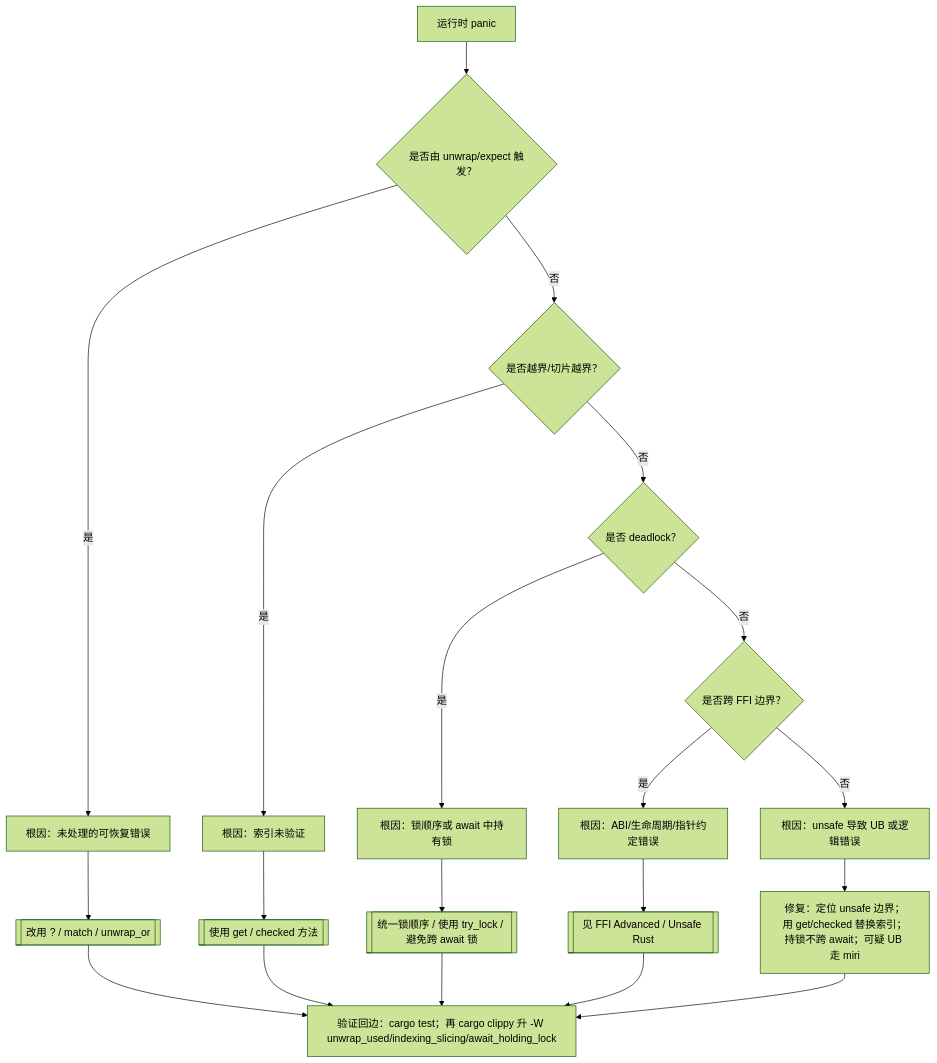
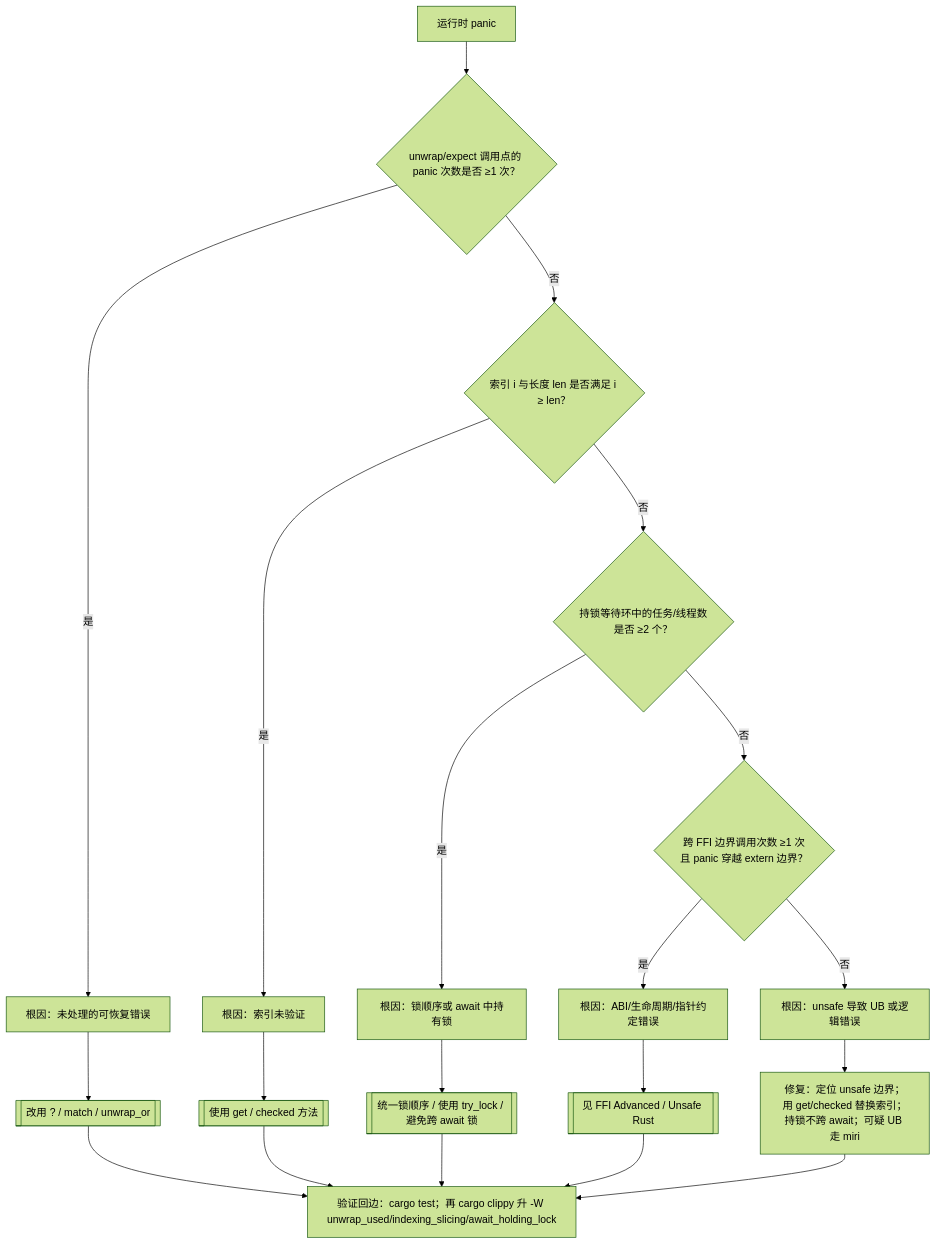
The fourth of 6 diagrams in concept/00_meta/knowledge_topology/09_reasoning_judgment_tree_atlas.md (martin-ly/rust-lang), drawn with Mermaid (forest theme) before and after one commit. The commit also changed other lines of this file and 183 other files, not shown here.

````diff
--- a/concept/00_meta/knowledge_topology/09_reasoning_judgment_tree_atlas.md
+++ b/concept/00_meta/knowledge_topology/09_reasoning_judgment_tree_atlas.md
@@ -105,22 +105,22 @@
 ```mermaid
 flowchart TD
-    P[运行时 panic] --> Q1{是否由 unwrap/expect 触发？}
+    P[运行时 panic] --> Q1{"unwrap/expect 调用点的 panic 次数是否 ≥1 次？"}
     Q1 -->|是| R1[根因：未处理的可恢复错误]
-    Q1 -->|否| Q2{是否越界/切片越界？}
+    Q1 -->|否| Q2{"索引 i 与长度 len 是否满足 i ≥ len？"}
     Q2 -->|是| R2[根因：索引未验证]
-    Q2 -->|否| Q3{是否 deadlock？}
+    Q2 -->|否| Q3{"持锁等待环中的任务/线程数是否 ≥2 个？"}
     Q3 -->|是| R3[根因：锁顺序或 await 中持有锁]
-    Q3 -->|否| Q4{是否跨 FFI 边界？}
+    Q3 -->|否| Q4{"跨 FFI 边界调用次数 ≥1 次且 panic 穿越 extern 边界？"}
     Q4 -->|是| R4[根因：ABI/生命周期/指针约定错误]
     Q4 -->|否| R5[根因：unsafe 导致 UB 或逻辑错误]
     R1 --> F1[[改用 ? / match / unwrap_or]]
     R2 --> F2[[使用 get / checked 方法]]
     R3 --> F3[[统一锁顺序 / 使用 try_lock / 避免跨 await 锁]]
     R4 --> F4[[见 FFI Advanced / Unsafe Rust]]
     R5 --> F5[修复：定位 unsafe 边界；用 get/checked 替换索引；持锁不跨 await；可疑 UB 走 miri]
     F1 --> V4[验证回边：cargo test；再 cargo clippy 升 -W unwrap_used/indexing_slicing/await_holding_lock]
     F2 --> V4
     F3 --> V4
     F4 --> V4
     F5 --> V4
 ```
````
